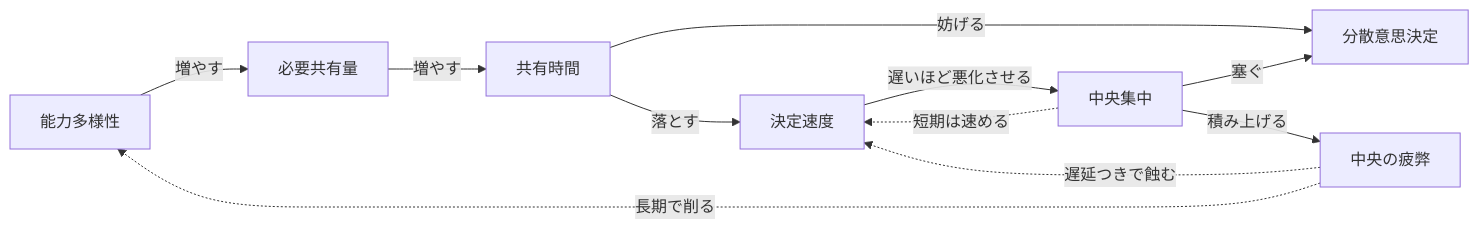
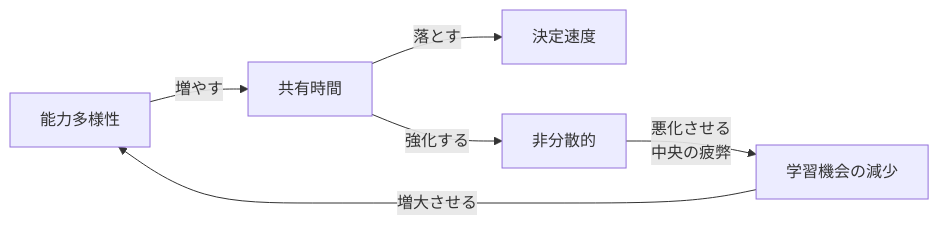
One commit to iwasa-kosui/monorepo changed the third of 6 diagrams in apps/kosui-me/src/content/posts/2026-04-29-organizing-around-customer-value.mdx. Above: the diagram before and after it, drawn with Mermaid. The commit also changed other lines of this file, not shown here.

````diff
--- a/apps/kosui-me/src/content/posts/2026-04-29-organizing-around-customer-value.mdx
+++ b/apps/kosui-me/src/content/posts/2026-04-29-organizing-around-customer-value.mdx
@@ -68,20 +66,16 @@
 ```mermaid
 flowchart LR
-    A["能力多様性"]
-    B["必要共有量"]
+    A1["能力多様性"]
     C["共有時間"]
+    A1 -->|増やす| C
+
     D["決定速度"]
-    E["分散意思決定"]
-    F["中央集中"]
-    G["中央の疲弊"]
-    A -->|増やす| B
-    B -->|増やす| C
+    E["非分散的"]
     C -->|落とす| D
-    C -->|妨げる| E
-    D -->|遅いほど悪化させる| F
-    F -.->|短期は速める| D
-    F -->|塞ぐ| E
-    F -->|積み上げる| G
-    G -.->|遅延つきで蝕む| D
-    G -.->|長期で削る| A
+    C -->|強化する| E
+
+    Z["学習機会の減少"]
+
+    E -->|悪化させる<br>中央の疲弊| Z
+    Z -->|増大させる| A1
 ```
````
